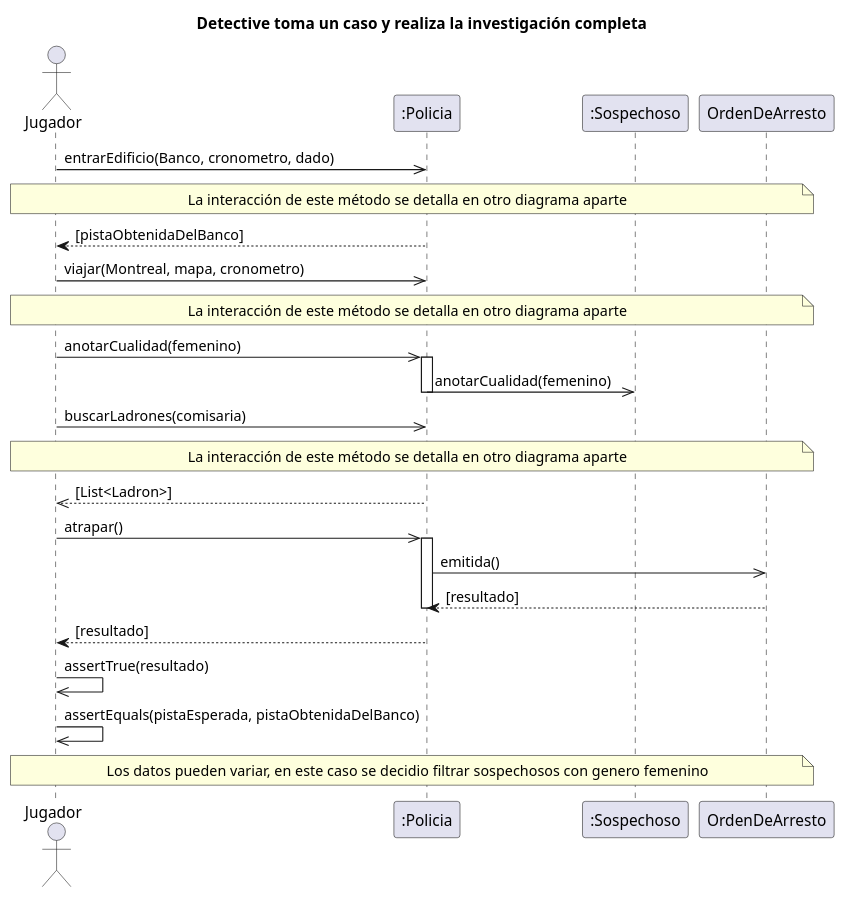
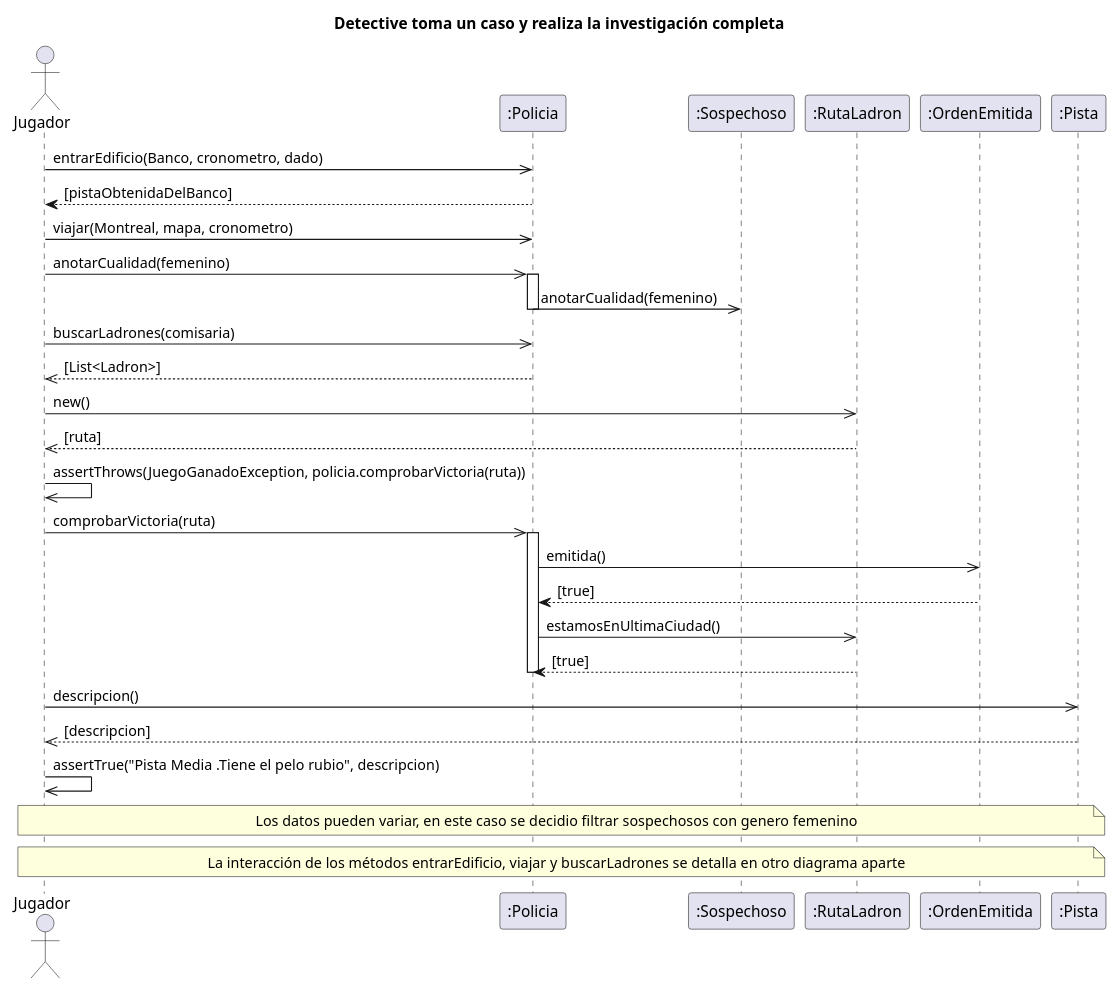
Before and after one commit to kmu01/Algo3_tp2: the diagram in diagrams/sequences/entrega2/DS_DetectiveTomaCasoYRealizaInvestigacionCompleta.puml, drawn with PlantUML. The commit also changed 11 other files, not shown here.

```diff
--- a/diagrams/sequences/entrega2/DS_DetectiveTomaCasoYRealizaInvestigacionCompleta.puml
+++ b/diagrams/sequences/entrega2/DS_DetectiveTomaCasoYRealizaInvestigacionCompleta.puml
@@ -1,39 +1,43 @@
 @startuml
 title Detective toma un caso y realiza la investigación completa
 
 actor "Jugador" as AlgoThief
 participant ":Policia" as Policia
 participant ":Sospechoso" as Sospechoso
-participant "OrdenDeArresto" as Orden
-
+participant ":RutaLadron" as Ruta
+participant ":OrdenEmitida" as Orden
+participant ":Pista" as Pista
 
 AlgoThief ->> Policia : entrarEdificio(Banco, cronometro, dado)
-note across : La interacción de este método se detalla en otro diagrama aparte
 
 Policia --> AlgoThief : [pistaObtenidaDelBanco]
 
 
 AlgoThief ->> Policia : viajar(Montreal, mapa, cronometro)
-note across : La interacción de este método se detalla en otro diagrama aparte
 
 AlgoThief ->> Policia : anotarCualidad(femenino)
 activate Policia
     Policia ->> Sospechoso : anotarCualidad(femenino)
 deactivate Policia
 AlgoThief ->> Policia : buscarLadrones(comisaria)
-note across : La interacción de este método se detalla en otro diagrama aparte
+
 return[List<Ladron>]
+AlgoThief ->> Ruta : new()
+return[ruta]
 
-AlgoThief ->> Policia : atrapar()
+AlgoThief ->> AlgoThief : assertThrows(JuegoGanadoException, policia.comprobarVictoria(ruta))
+AlgoThief ->> Policia : comprobarVictoria(ruta)
 activate Policia
     Policia ->> Orden : emitida()
-    Orden --> Policia : [resultado]
+    Orden --> Policia : [true]
+    Policia ->> Ruta : estamosEnUltimaCiudad()
+    Ruta --> Policia : [true]
 deactivate Policia
-Policia --> AlgoThief : [resultado]
-AlgoThief ->> AlgoThief : assertTrue(resultado)
-AlgoThief ->> AlgoThief : assertEquals(pistaEsperada, pistaObtenidaDelBanco)
 
+AlgoThief ->> Pista : descripcion()
+return[descripcion]
+AlgoThief ->> AlgoThief : assertTrue("Pista Media .Tiene el pelo rubio", descripcion)
 note across: Los datos pueden variar, en este caso se decidio filtrar sospechosos con genero femenino
-
+note across : La interacción de los métodos entrarEdificio, viajar y buscarLadrones se detalla en otro diagrama aparte
 
 @enduml
```
